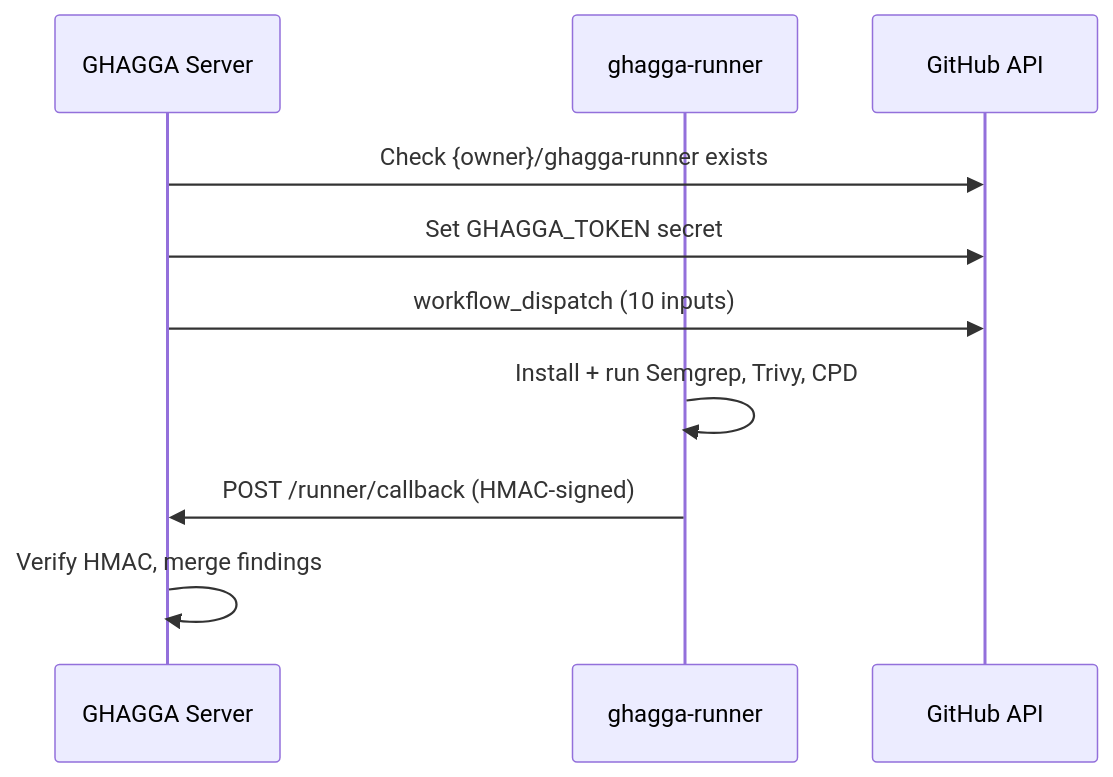
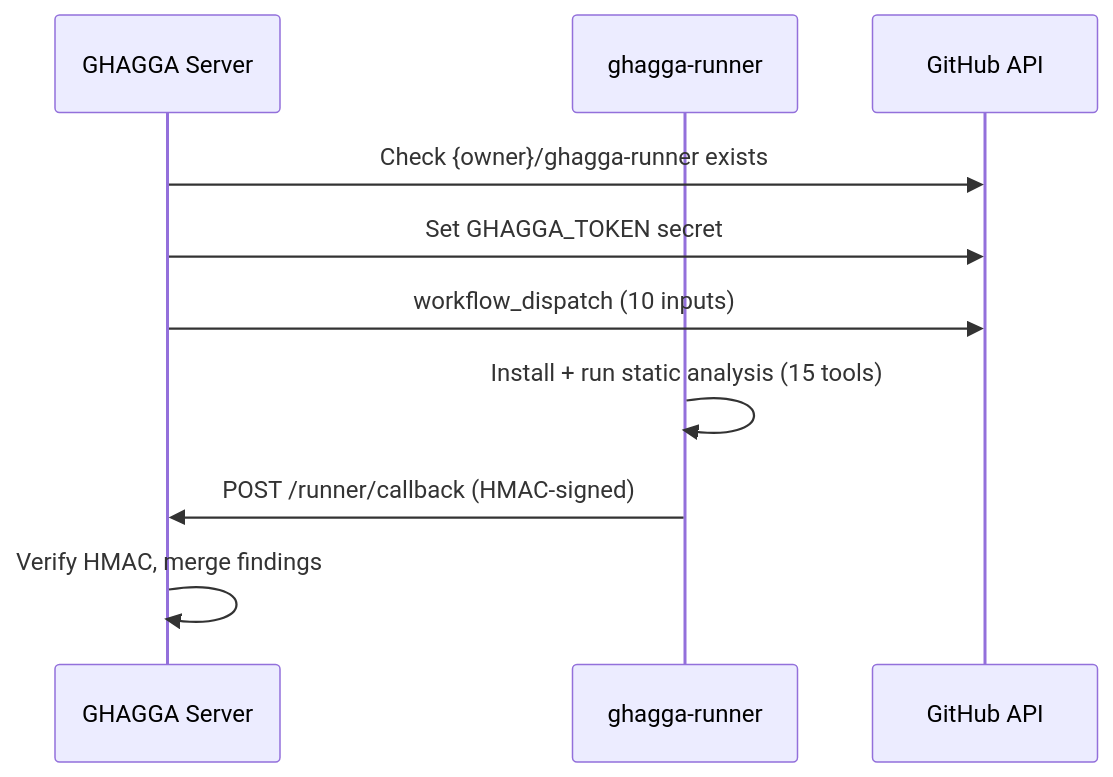
The second of 2 diagrams in docs/architecture.md (actions-marketplace-validations/JNZader_ghagga), drawn with Mermaid before and after one commit. The commit also changed other lines of this file and 22 other files, not shown here.

````diff
--- a/docs/architecture.md
+++ b/docs/architecture.md
@@ -91,13 +91,13 @@
 ```mermaid
 sequenceDiagram
     participant S as GHAGGA Server
     participant R as ghagga-runner
     participant GH as GitHub API
 
     S->>GH: Check {owner}/ghagga-runner exists
     S->>GH: Set GHAGGA_TOKEN secret
     S->>GH: workflow_dispatch (10 inputs)
-    R->>R: Install + run Semgrep, Trivy, CPD
+    R->>R: Install + run static analysis (15 tools)
     R->>S: POST /runner/callback (HMAC-signed)
     S->>S: Verify HMAC, merge findings
 ```
````
